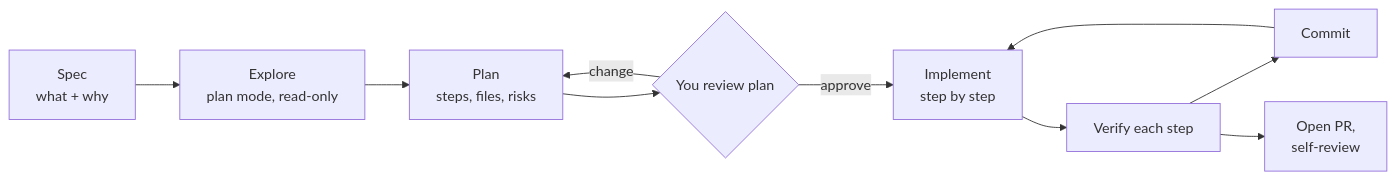
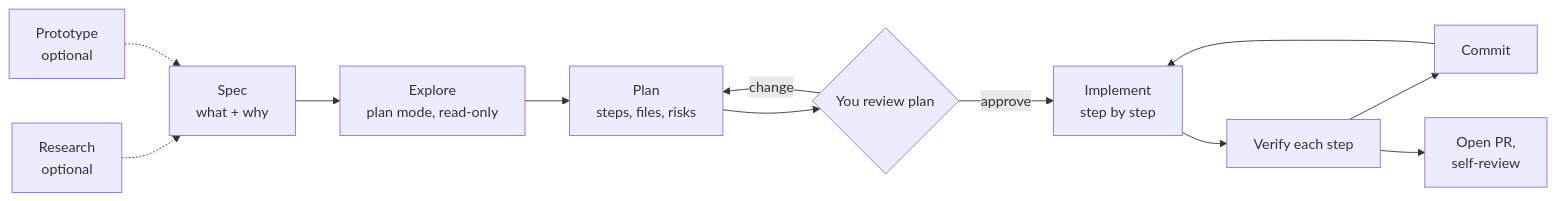
One commit to tomschinelli/ai-engineering-guide changed the first of 4 diagrams in levels/03-spec-plan-code.md. Above: the diagram before and after it, drawn with Mermaid. The commit also changed other lines of this file and 7 other files, not shown here.

First line of the commit message:
Add research, prototype and QA steps; show the full journey in L7

````diff
--- a/levels/03-spec-plan-code.md
+++ b/levels/03-spec-plan-code.md
@@ -10,12 +10,14 @@
 ```mermaid
 flowchart LR
+    RS[Research<br/>optional] -.-> S
+    PT[Prototype<br/>optional] -.-> S
     S[Spec<br/>what + why] --> E[Explore<br/>plan mode, read-only]
     E --> P[Plan<br/>steps, files, risks]
     P --> R{You review plan}
     R -- change --> P
     R -- approve --> I[Implement<br/>step by step]
     I --> V[Verify each step]
     V --> C[Commit]
     C --> I
     V --> PR[Open PR,<br/>self-review]
 ```
````
